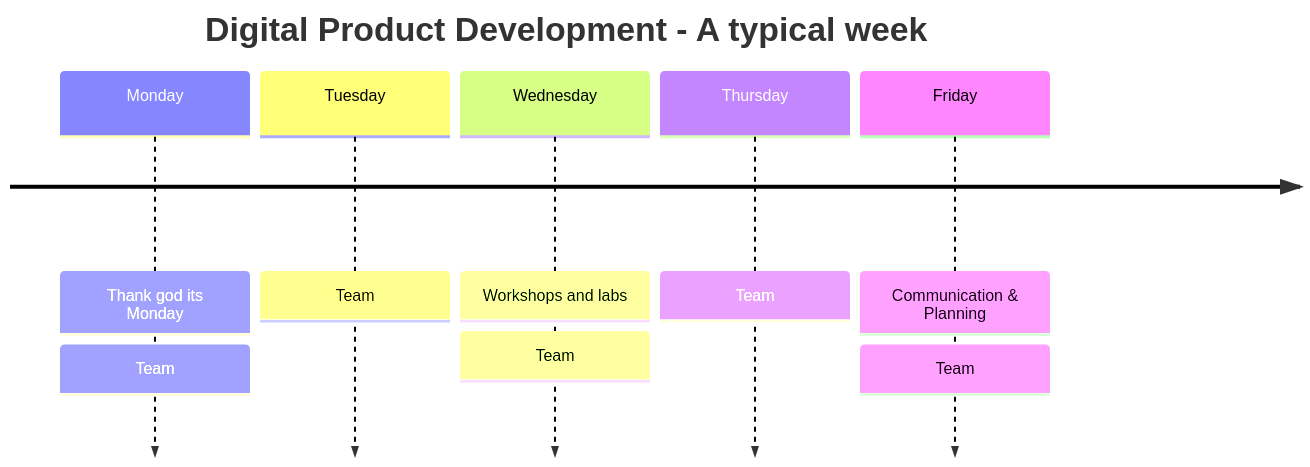
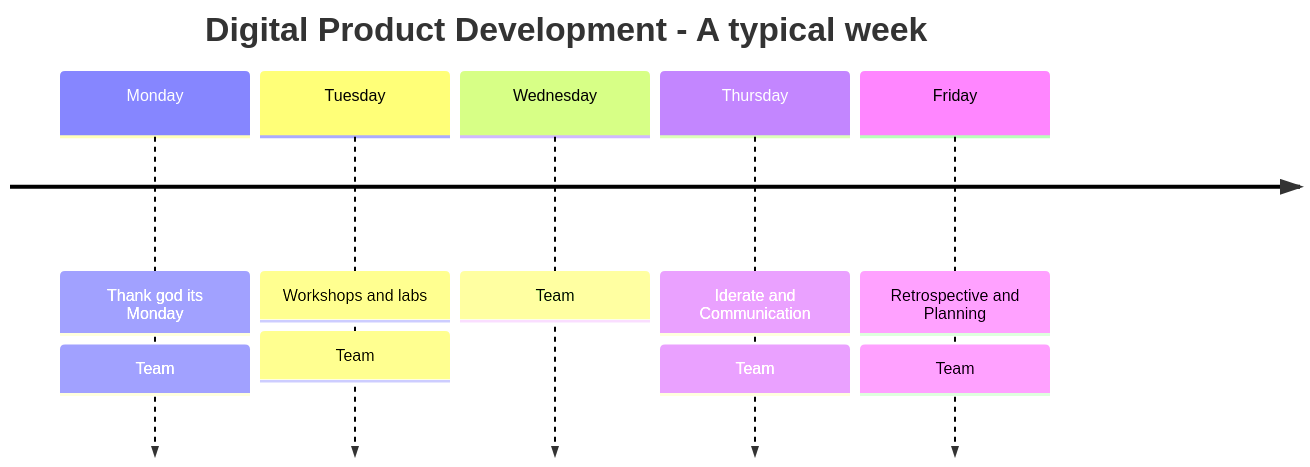
One commit to kea-dpd/.github changed the second of 2 diagrams in profile/README.md. Above: the diagram before and after it, drawn with Mermaid. The commit also changed other lines of this file, not shown here.

````diff
--- a/profile/README.md
+++ b/profile/README.md
@@ -123,22 +124,23 @@
 ```mermaid
 %%{
     init: { 
         'logLevel': 'debug',
         'theme': 'emerald' ,
         'themeVariables': {
             fontFamily : 'Oswald'
         }
     }
  }%%
  
 timeline
     title Digital Product Development - A typical week
       Monday    : Thank god its Monday
                 : Team
-      Tuesday   : Team
-      Wednesday : Workshops and labs
+      Tuesday   : Workshops and labs
                 : Team
-      Thursday  : Team
-      Friday    : Communication & Planning
+      Wednesday : Team
+      Thursday  : Iderate and Communication
+                : Team
+      Friday    : Retrospective and Planning
                 : Team
 ```
````
